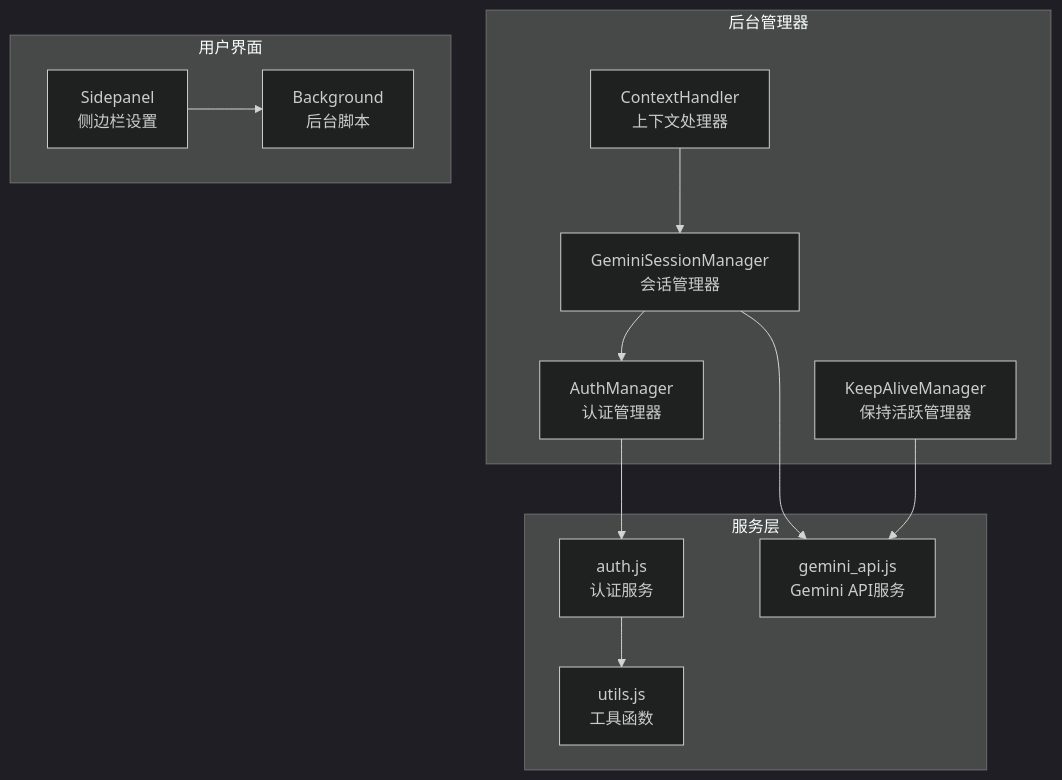
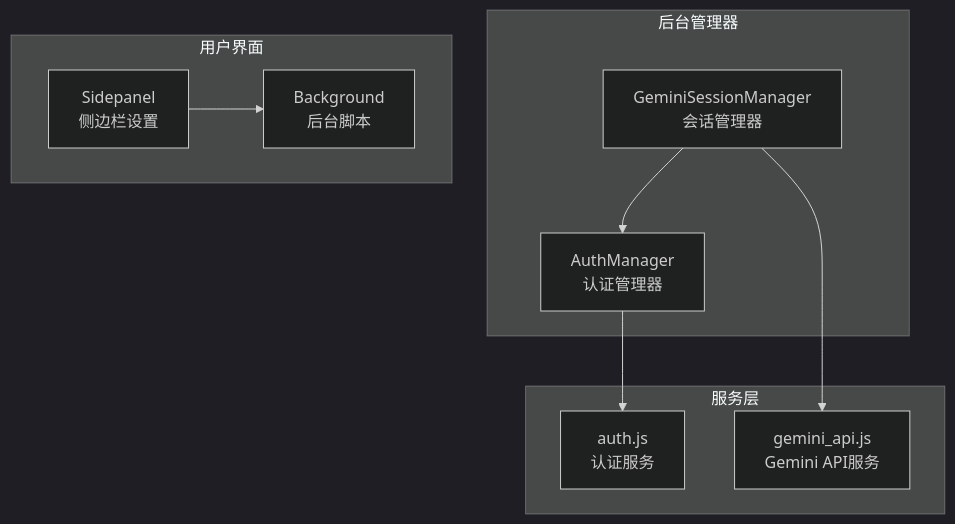
One commit to SEVENTEEN-TAN/gemini-nexus changed the first of 6 diagrams in .qoder/repowiki/zh/content/核心模块/认证管理器.md. Above: the diagram before and after it, drawn with Mermaid (dark theme). The commit also changed other lines of this file and 17 other files, not shown here.

````diff
--- a/.qoder/repowiki/zh/content/核心模块/认证管理器.md
+++ b/.qoder/repowiki/zh/content/核心模块/认证管理器.md
@@ -42,25 +46,19 @@
 ```mermaid
 graph TB
 subgraph "后台管理器"
 AM[AuthManager<br/>认证管理器]
 SM[GeminiSessionManager<br/>会话管理器]
-CH[ContextHandler<br/>上下文处理器]
-KA[KeepAliveManager<br/>保持活跃管理器]
 end
 subgraph "服务层"
 AU[auth.js<br/>认证服务]
 GA[gemini_api.js<br/>Gemini API服务]
-UT[utils.js<br/>工具函数]
 end
 subgraph "用户界面"
 SP[Sidepanel<br/>侧边栏设置]
 BG[Background<br/>后台脚本]
 end
 AM --> AU
 SM --> AM
 SM --> GA
-CH --> SM
-KA --> GA
 SP --> BG
-AU --> UT
 ```
````
